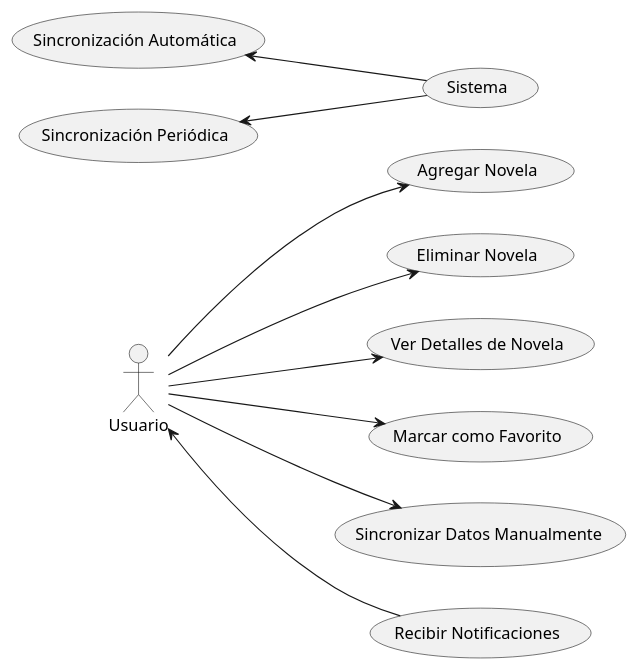
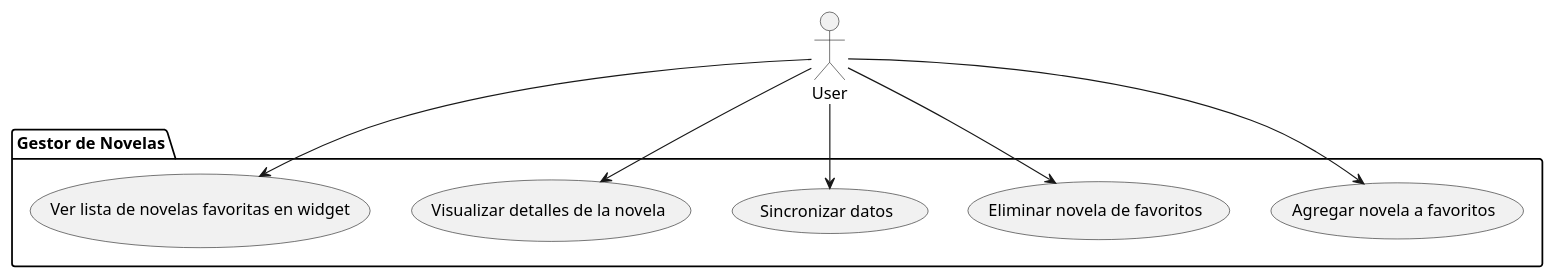
One commit to NicolasJRuax/Feedback4 changed the diagram in app/src/main/java/com/myproyect/gestornovelasnjr/uml/CasosDeUsoUml.puml. Above: the diagram before and after it, drawn with PlantUML. The commit also changed 5 other files, not shown here.

```diff
--- a/app/src/main/java/com/myproyect/gestornovelasnjr/uml/CasosDeUsoUml.puml
+++ b/app/src/main/java/com/myproyect/gestornovelasnjr/uml/CasosDeUsoUml.puml
@@ -1,23 +1,17 @@
 @startuml
-left to right direction
-actor Usuario
+actor User
 
-usecase "Agregar Novela" as UC_Add
-usecase "Eliminar Novela" as UC_Delete
-usecase "Ver Detalles de Novela" as UC_Details
-usecase "Marcar como Favorito" as UC_Favorite
-usecase "Sincronizar Datos Manualmente" as UC_SyncManual
-usecase "Recibir Notificaciones" as UC_Notifications
-usecase "Sincronización Automática" as UC_SyncAuto
-usecase "Sincronización Periódica" as UC_SyncPeriodic
+package "Gestor de Novelas" {
+    usecase "Agregar novela a favoritos" as UC_Fav
+    usecase "Eliminar novela de favoritos" as UC_Unfav
+    usecase "Sincronizar datos" as UC_Sync
+    usecase "Visualizar detalles de la novela" as UC_Details
+    usecase "Ver lista de novelas favoritas en widget" as UC_Widget
+}
 
-Usuario --> UC_Add
-Usuario --> UC_Delete
-Usuario --> UC_Details
-Usuario --> UC_Favorite
-Usuario --> UC_SyncManual
-Usuario <-- UC_Notifications
-
-UC_SyncAuto <-- (Sistema)
-UC_SyncPeriodic <-- (Sistema)
+User --> UC_Fav
+User --> UC_Unfav
+User --> UC_Sync
+User --> UC_Details
+User --> UC_Widget
 @enduml
```
